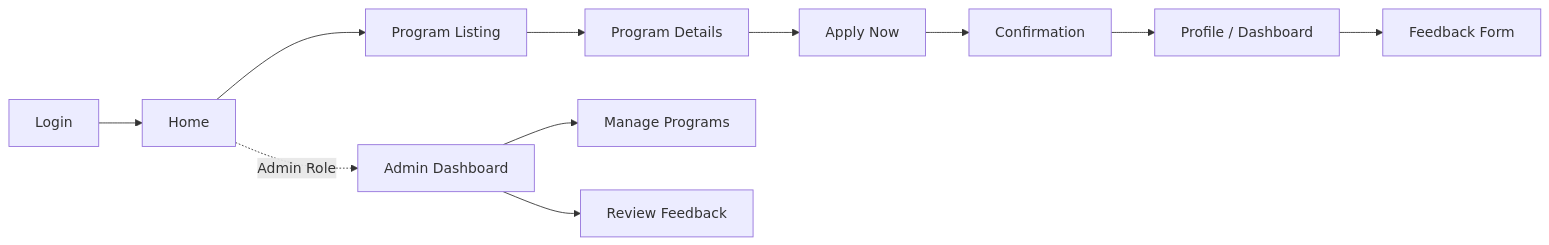
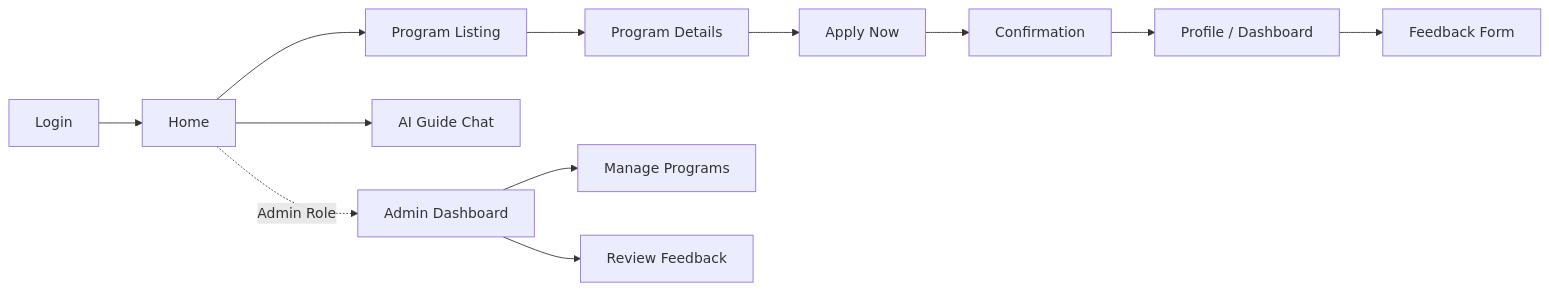
Before and after one commit to KrishTrivedi025/excelerate_connect: the diagram in README.md, drawn with Mermaid. The commit also changed other lines of this file and 38 other files, not shown here.

````diff
--- a/README.md
+++ b/README.md
@@ -32,14 +34,15 @@
 ```mermaid
 flowchart LR
     A[Login] --> B[Home]
     B --> C[Program Listing]
     C --> D[Program Details]
     D --> E[Apply Now]
     E --> F[Confirmation]
     F --> G[Profile / Dashboard]
     G --> H[Feedback Form]
+    B --> I[AI Guide Chat]
 
-    B -.Admin Role.-> I[Admin Dashboard]
-    I --> J[Manage Programs]
-    I --> K[Review Feedback]
+    B -.Admin Role.-> J[Admin Dashboard]
+    J --> K[Manage Programs]
+    J --> L[Review Feedback]
 ```
````
